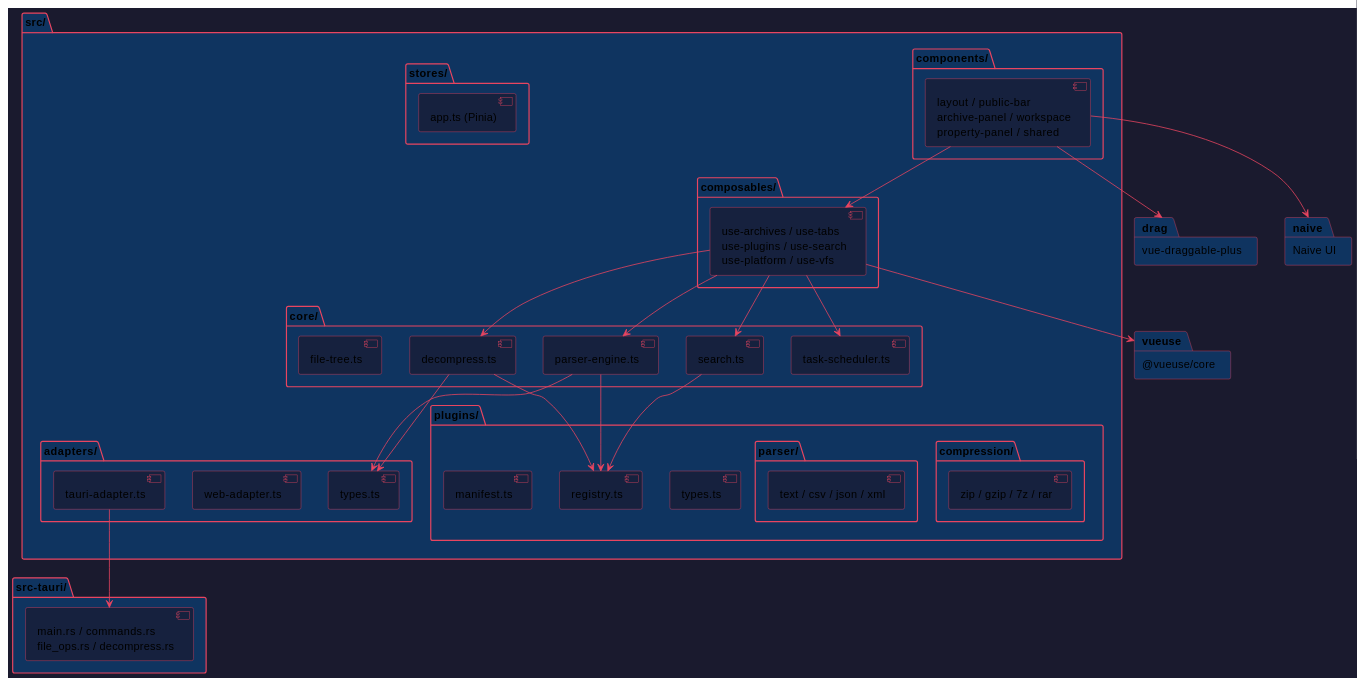
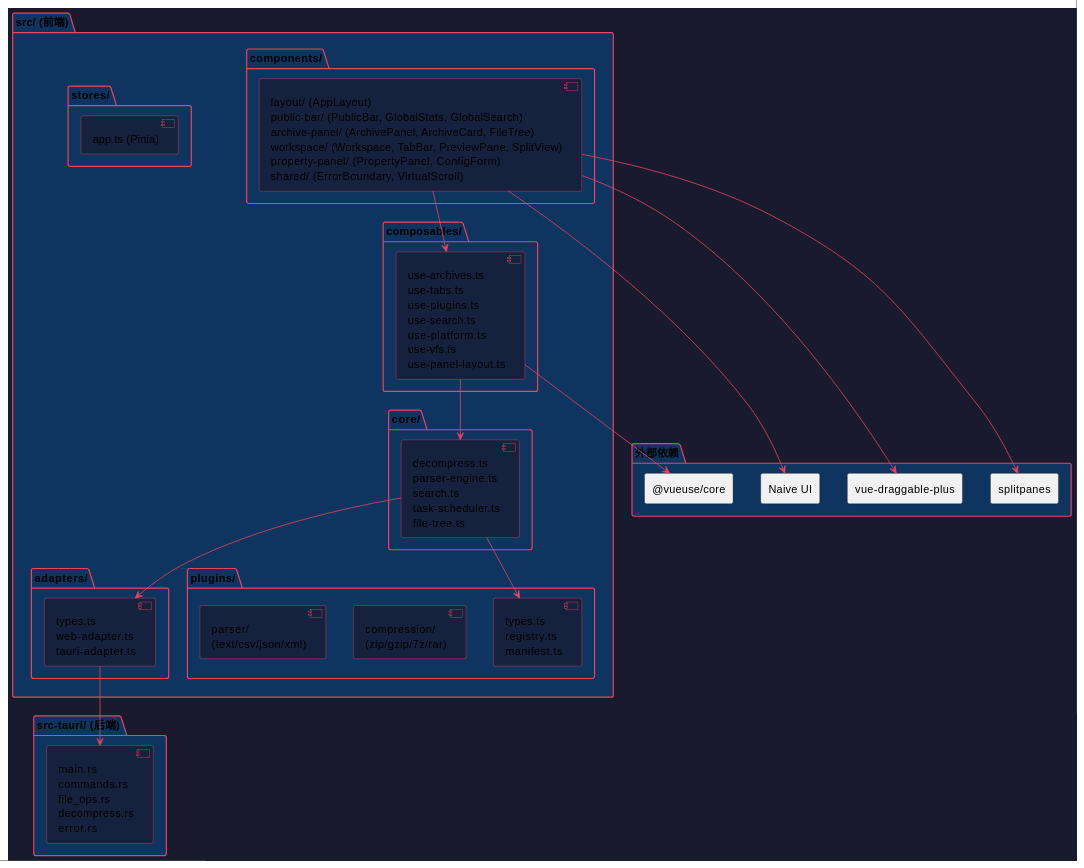
Diagram 17 of 20 in docs/superpowers/specs/2026-06-26-system-architecture-design.md (taoweidong/Hello-Tauri), drawn with PlantUML before and after one commit. The commit also changed other lines of this file, not shown here.

Commit message:
docs: restructure into frontend/backend design, add page layout and component mapping

````diff
--- a/docs/superpowers/specs/2026-06-26-system-architecture-design.md
+++ b/docs/superpowers/specs/2026-06-26-system-architecture-design.md
@@ -619,74 +994,60 @@
 ```plantuml
 @startuml
 skinparam backgroundColor #1a1a2e
 skinparam defaultTextColor #e0e0e0
 skinparam packageBackgroundColor #0f3460
 skinparam packageBorderColor #e94560
 skinparam componentBackgroundColor #16213e
 skinparam componentBorderColor #e94560
 skinparam arrowColor #e94560
 
-package "src/" {
+package "src/ (前端)" {
   package "adapters/" {
-    component "types.ts" as a1
-    component "web-adapter.ts" as a2
-    component "tauri-adapter.ts" as a3
+    component "types.ts\nweb-adapter.ts\ntauri-adapter.ts" as adapters
   }
 
   package "plugins/" {
-    component "types.ts" as p1
-    component "registry.ts" as p2
-    component "manifest.ts" as p3
-    package "compression/" {
-      component "zip / gzip / 7z / rar" as pc
-    }
-    package "parser/" {
-      component "text / csv / json / xml" as pp
-    }
+    component "types.ts\nregistry.ts\nmanifest.ts" as plugins
+    component "compression/\n(zip/gzip/7z/rar)" as comp_plugins
+    component "parser/\n(text/csv/json/xml)" as parse_plugins
   }
 
   package "core/" {
-    component "decompress.ts" as c1
-    component "parser-engine.ts" as c2
-    component "search.ts" as c3
-    component "task-scheduler.ts" as c4
-    component "file-tree.ts" as c5
+    component "decompress.ts\nparser-engine.ts\nsearch.ts\ntask-scheduler.ts\nfile-tree.ts" as core
   }
 
   package "composables/" {
-    component "use-archives / use-tabs\nuse-plugins / use-search\nuse-platform / use-vfs" as comp
+    component "use-archives.ts\nuse-tabs.ts\nuse-plugins.ts\nuse-search.ts\nuse-platform.ts\nuse-vfs.ts\nuse-panel-layout.ts" as composables
   }
 
   package "components/" {
-    component "layout / public-bar\narchive-panel / workspace\nproperty-panel / shared" as ui
+    component "layout/ (AppLayout)\npublic-bar/ (PublicBar, GlobalStats, GlobalSearch)\narchive-panel/ (ArchivePanel, ArchiveCard, FileTree)\nworkspace/ (Workspace, TabBar, PreviewPane, SplitView)\nproperty-panel/ (PropertyPanel, ConfigForm)\nshared/ (ErrorBoundary, VirtualScroll)" as ui_components
   }
 
   package "stores/" {
-    component "app.ts (Pinia)" as st
+    component "app.ts (Pinia)" as stores
   }
 }
 
-package "src-tauri/" {
-  component "main.rs / commands.rs\nfile_ops.rs / decompress.rs" as rust
+package "src-tauri/ (后端)" {
+  component "main.rs\ncommands.rs\nfile_ops.rs\ndecompress.rs\nerror.rs" as rust
 }
 
-package "Naive UI" as naive
-package "vue-draggable-plus" as drag
-package "@vueuse/core" as vueuse
+package "外部依赖" {
+  rectangle "Naive UI" as naive
+  rectangle "vue-draggable-plus" as drag
+  rectangle "@vueuse/core" as vueuse
+  rectangle "splitpanes" as split
+}
 
-ui --> naive
-ui --> drag
-comp --> vueuse
-ui --> comp
-comp --> c1
-comp --> c2
-comp --> c3
-comp --> c4
-c1 --> p2
-c2 --> p2
-c3 --> p2
-c1 --> a1
-c2 --> a1
-a3 --> rust
+ui_components --> naive
+ui_components --> drag
+ui_components --> split
+composables --> vueuse
+ui_components --> composables
+composables --> core
+core --> plugins
+core --> adapters
+adapters --> rust
 @enduml
 ```
````
